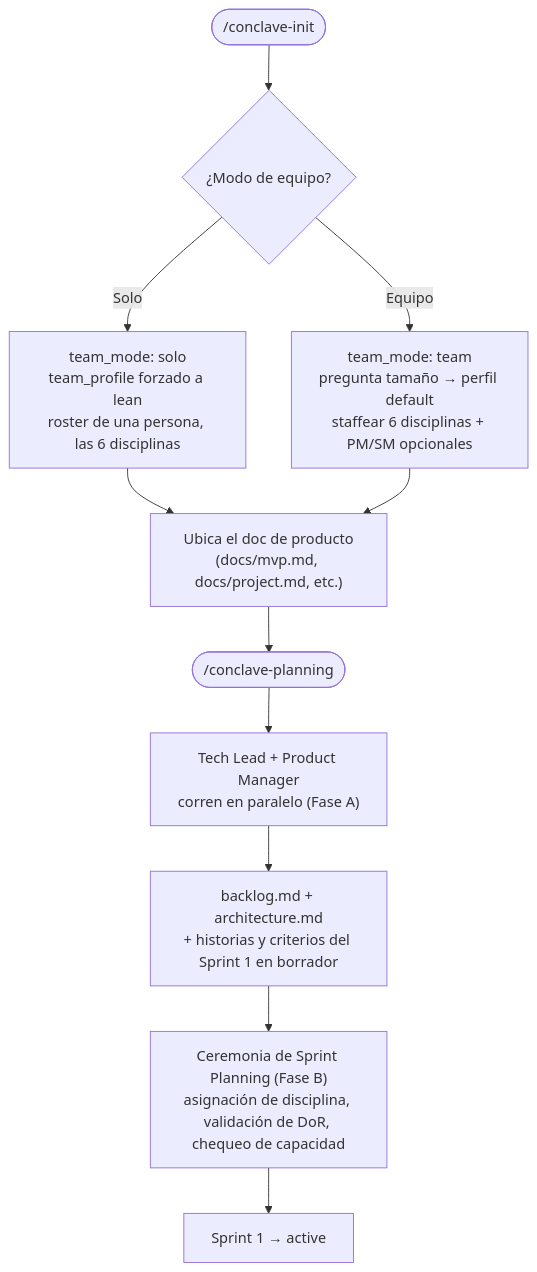
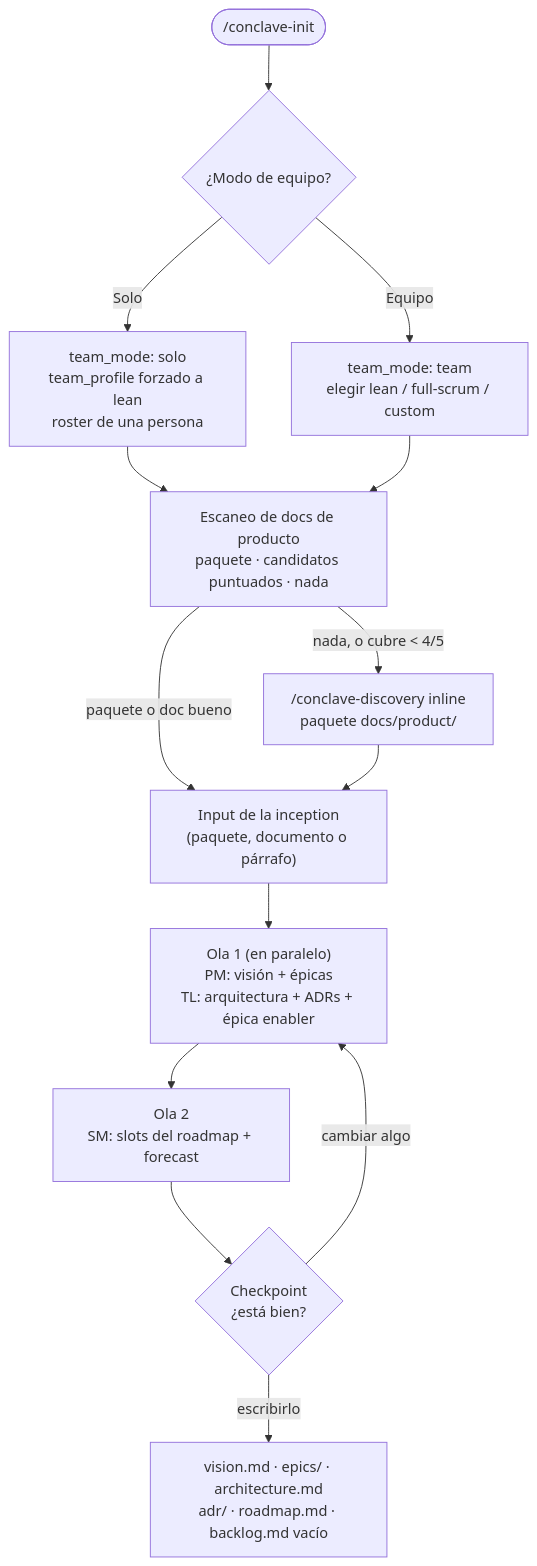
The second of 5 diagrams in site/content/es/workflow.mdx (giolabs/conclave), drawn with Mermaid before and after one commit. The commit also changed other lines of this file and 56 other files, not shown here.

````diff
--- a/site/content/es/workflow.mdx
+++ b/site/content/es/workflow.mdx
@@ -12,16 +27,19 @@
 ```mermaid
 flowchart TD
     Start(["/conclave-init"]) --> Q{"¿Modo de equipo?"}
 
-    Q -->|Solo| SoloBranch["team_mode: solo<br/>team_profile forzado a lean<br/>roster de una persona, las 6 disciplinas"]
-    Q -->|Equipo| TeamBranch["team_mode: team<br/>pregunta tamaño → perfil default<br/>staffear 6 disciplinas + PM/SM opcionales"]
+    Q -->|Solo| SoloBranch["team_mode: solo<br/>team_profile forzado a lean<br/>roster de una persona"]
+    Q -->|Equipo| TeamBranch["team_mode: team<br/>elegir lean / full-scrum / custom"]
 
-    SoloBranch --> DocQ["Ubica el doc de producto<br/>(docs/mvp.md, docs/project.md, etc.)"]
-    TeamBranch --> DocQ
+    SoloBranch --> Scan["Escaneo de docs de producto<br/>paquete · candidatos puntuados · nada"]
+    TeamBranch --> Scan
+    Scan -->|nada, o cubre < 4/5| Disc["/conclave-discovery inline<br/>paquete docs/product/"]
+    Scan -->|paquete o doc bueno| Idea["Input de la inception<br/>(paquete, documento o párrafo)"]
+    Disc --> Idea
 
-    DocQ --> Plan(["/conclave-planning"])
-    Plan --> Parallel["Tech Lead + Product Manager<br/>corren en paralelo (Fase A)"]
-    Parallel --> Artifacts["backlog.md + architecture.md<br/>+ historias y criterios del Sprint 1 en borrador"]
-    Artifacts --> Ceremony["Ceremonia de Sprint Planning (Fase B)<br/>asignación de disciplina, validación de DoR, chequeo de capacidad"]
-    Ceremony --> Active["Sprint 1 → active"]
+    Idea --> Wave1["Ola 1 (en paralelo)<br/>PM: visión + épicas<br/>TL: arquitectura + ADRs + épica enabler"]
+    Wave1 --> Wave2["Ola 2<br/>SM: slots del roadmap + forecast"]
+    Wave2 --> Check{"Checkpoint<br/>¿está bien?"}
+    Check -->|cambiar algo| Wave1
+    Check -->|escribirlo| Artifacts["vision.md · epics/ · architecture.md<br/>adr/ · roadmap.md · backlog.md vacío"]
 ```
````
